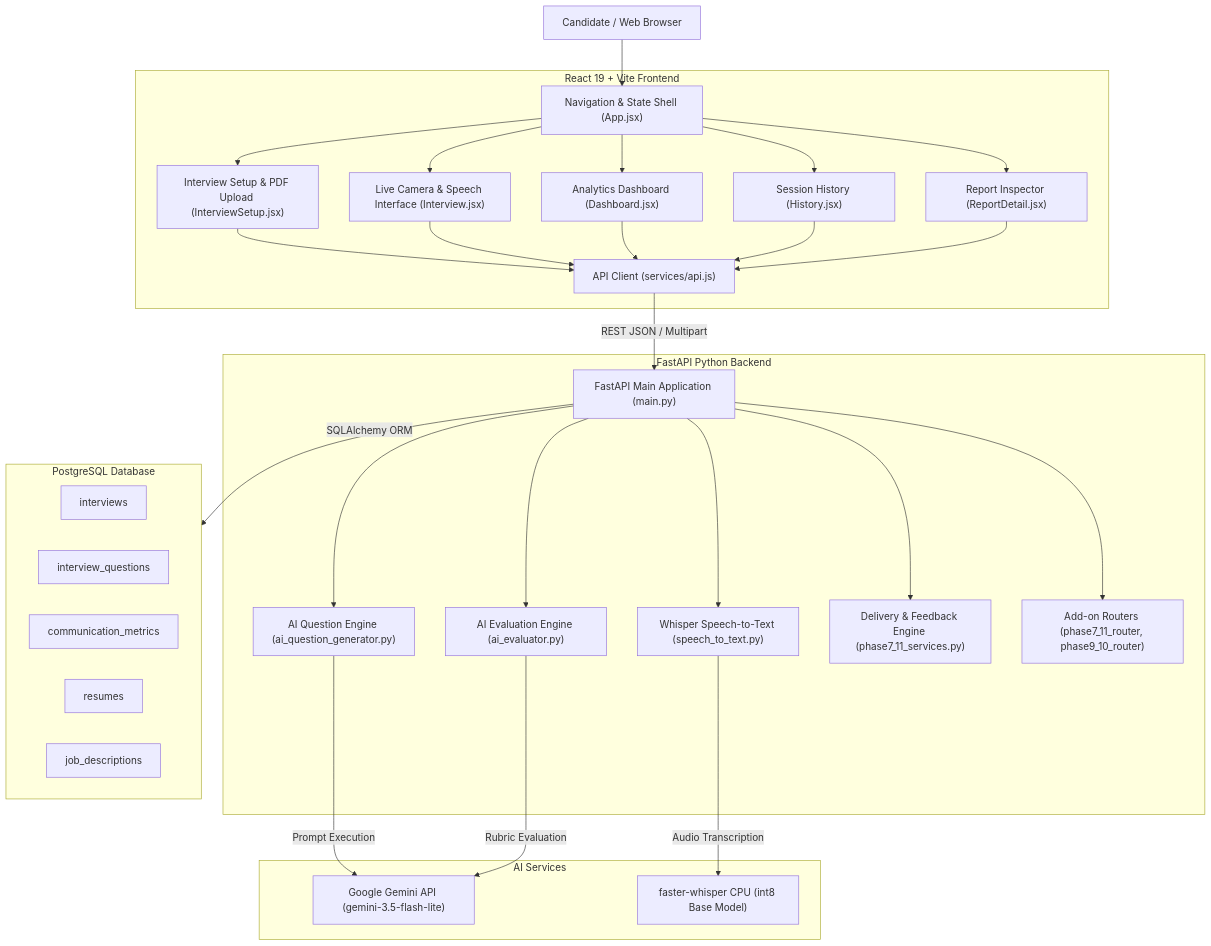
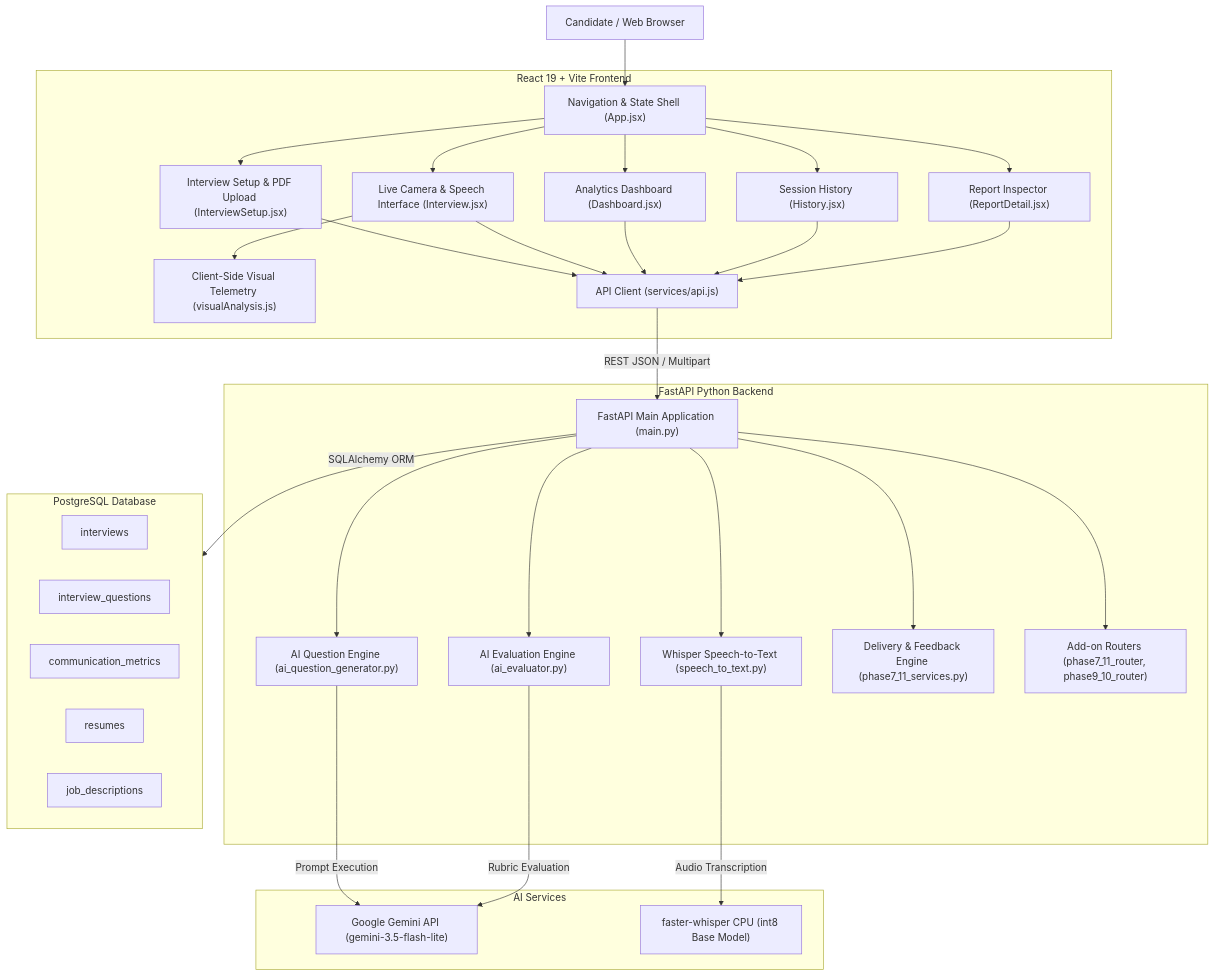
The diagram in docs/ARCHITECTURE.md (rajanKprajapati/ai-interview-system), drawn with Mermaid before and after one commit. The commit also changed other lines of this file and 31 other files, not shown here.

````diff
--- a/docs/ARCHITECTURE.md
+++ b/docs/ARCHITECTURE.md
@@ -3,63 +3,65 @@
 ```mermaid
 graph TD
     User["Candidate / Web Browser"]
 
     subgraph Frontend["React 19 + Vite Frontend"]
         Nav["Navigation & State Shell (App.jsx)"]
         Setup["Interview Setup & PDF Upload (InterviewSetup.jsx)"]
         InterviewComp["Live Camera & Speech Interface (Interview.jsx)"]
+        CanvasVision["Client-Side Visual Telemetry (visualAnalysis.js)"]
         DashComp["Analytics Dashboard (Dashboard.jsx)"]
         HistComp["Session History (History.jsx)"]
         ReportComp["Report Inspector (ReportDetail.jsx)"]
         APIClient["API Client (services/api.js)"]
     end
 
     subgraph Backend["FastAPI Python Backend"]
         FastAPIApp["FastAPI Main Application (main.py)"]
         QGen["AI Question Engine (ai_question_generator.py)"]
         Eval["AI Evaluation Engine (ai_evaluator.py)"]
         STT["Whisper Speech-to-Text (speech_to_text.py)"]
         CommServices["Delivery & Feedback Engine (phase7_11_services.py)"]
         Routers["Add-on Routers (phase7_11_router, phase9_10_router)"]
     end
 
     subgraph AI["AI Services"]
         GeminiAPI["Google Gemini API (gemini-3.5-flash-lite)"]
         WhisperModel["faster-whisper CPU (int8 Base Model)"]
     end
 
     subgraph Storage["PostgreSQL Database"]
         InterviewsTable["interviews"]
         QuestionsTable["interview_questions"]
         MetricsTable["communication_metrics"]
         ResumesTable["resumes"]
         JDTable["job_descriptions"]
     end
 
     User --> Nav
     Nav --> Setup
     Nav --> InterviewComp
     Nav --> DashComp
     Nav --> HistComp
     Nav --> ReportComp
 
     Setup --> APIClient
+    InterviewComp --> CanvasVision
     InterviewComp --> APIClient
     DashComp --> APIClient
     HistComp --> APIClient
     ReportComp --> APIClient
 
     APIClient -->|REST JSON / Multipart| FastAPIApp
 
     FastAPIApp --> QGen
     FastAPIApp --> Eval
     FastAPIApp --> STT
     FastAPIApp --> CommServices
     FastAPIApp --> Routers
 
     QGen -->|Prompt Execution| GeminiAPI
     Eval -->|Rubric Evaluation| GeminiAPI
     STT -->|Audio Transcription| WhisperModel
 
     FastAPIApp -->|SQLAlchemy ORM| Storage
 ```
````
